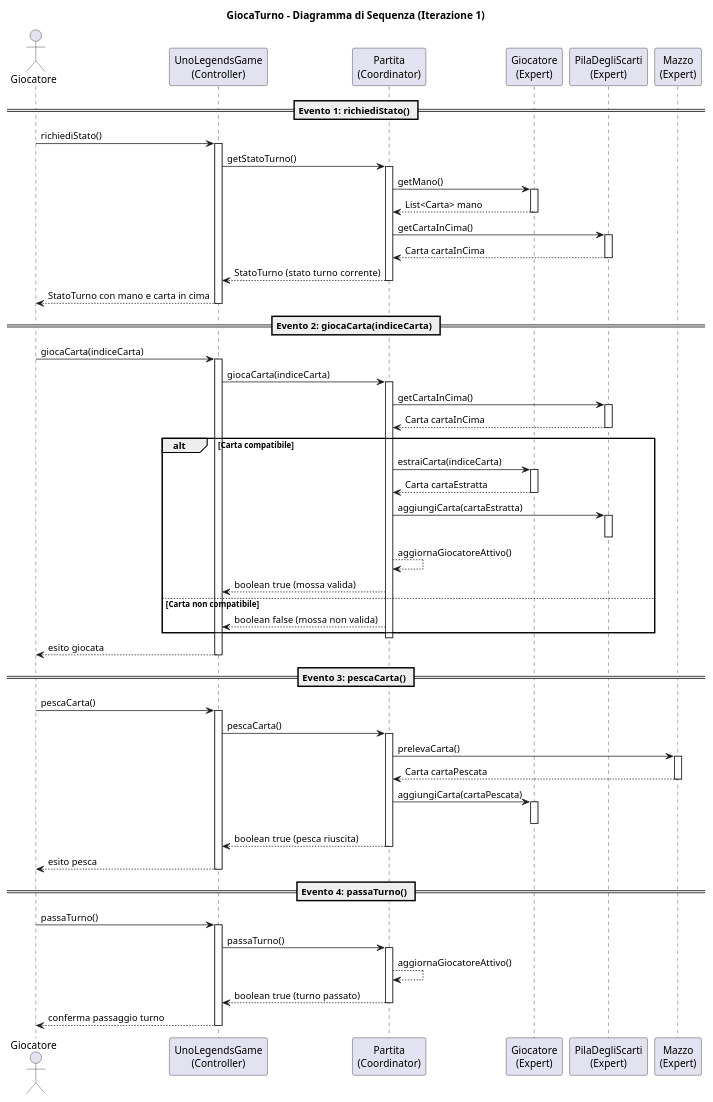
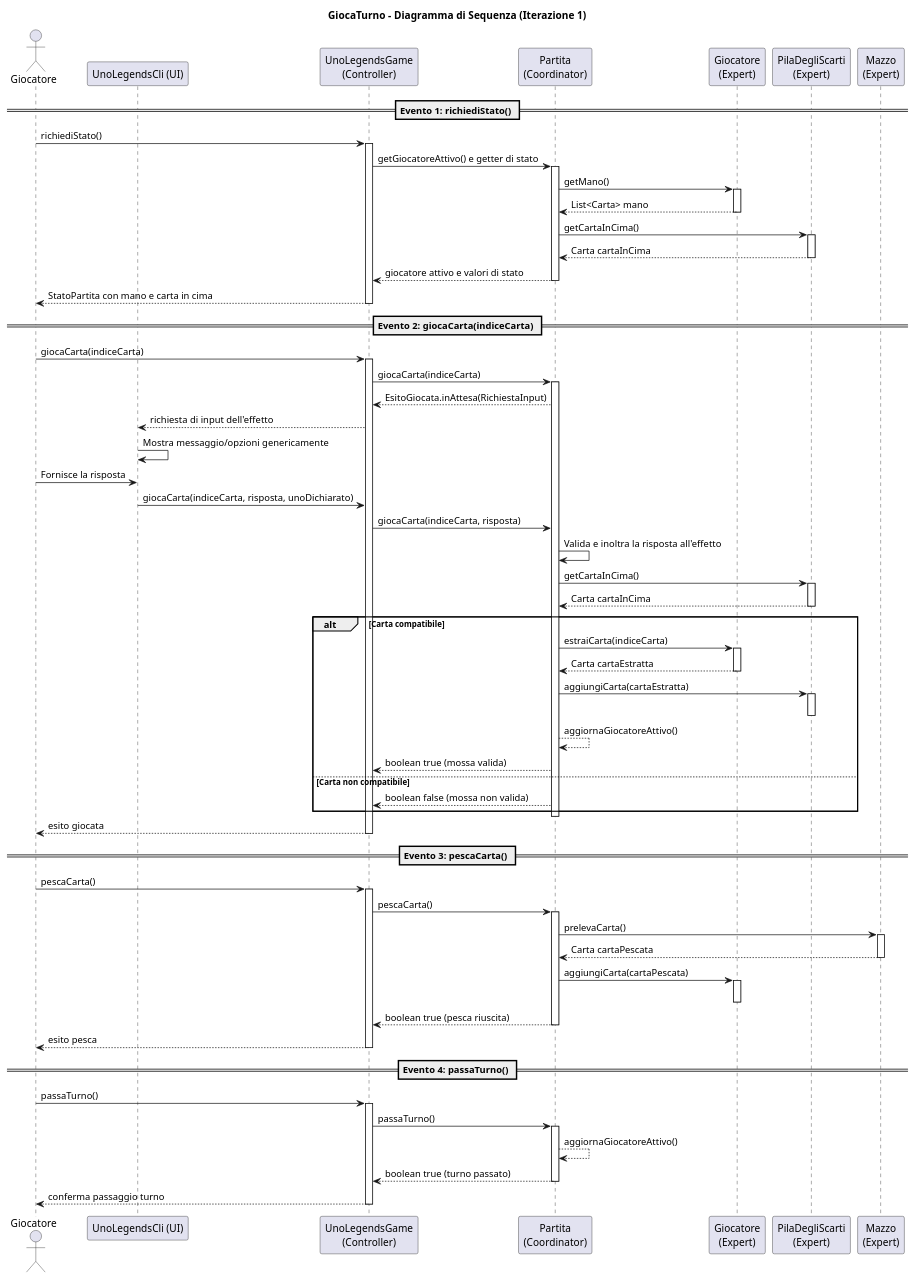
Before and after one commit to Frozzo/SoftwareEngineering: the diagram in Codice/GiocaTurno_SequenceDiagram.puml, drawn with PlantUML. The commit also changed 27 other files, not shown here.

Commit message:
aggiumto effetti scalabili con aggiunta di classi d ausilio e modifica file di documentazione fra i quali domain_class_diagram.puml e gioca_turno.puml Nota il commit precedente ha effetti trattati in modo individuale magari è piu semplice il diagramma di quella verisone, rimosso anche stato turno

```diff
--- a/Codice/GiocaTurno_SequenceDiagram.puml
+++ b/Codice/GiocaTurno_SequenceDiagram.puml
@@ -1,94 +1,102 @@
 @startuml GiocaTurno_Iterazione1
 title GiocaTurno - Diagramma di Sequenza (Iterazione 1)
 
 actor Giocatore
+participant "UnoLegendsCli (UI)" as CLIProg
 participant "UnoLegendsGame\n(Controller)" as Controller
 participant "Partita\n(Coordinator)" as Partita
 participant "Giocatore\n(Expert)" as GiocatoreExpert
 participant "PilaDegliScarti\n(Expert)" as PilaScarti
 participant "Mazzo\n(Expert)" as Mazzo
 
 == Evento 1: richiediStato() ==
 Giocatore -> Controller: richiediStato()
 activate Controller
-Controller -> Partita: getStatoTurno()
+Controller -> Partita: getGiocatoreAttivo() e getter di stato
 activate Partita
 Partita -> GiocatoreExpert: getMano()
 activate GiocatoreExpert
 GiocatoreExpert --> Partita: List<Carta> mano
 deactivate GiocatoreExpert
 
 Partita -> PilaScarti: getCartaInCima()
 activate PilaScarti
 PilaScarti --> Partita: Carta cartaInCima
 deactivate PilaScarti
 
-Partita --> Controller: StatoTurno (stato turno corrente)
+Partita --> Controller: giocatore attivo e valori di stato
 deactivate Partita
-Controller --> Giocatore: StatoTurno con mano e carta in cima
+Controller --> Giocatore: StatoPartita con mano e carta in cima
 deactivate Controller
 
 == Evento 2: giocaCarta(indiceCarta) ==
 Giocatore -> Controller: giocaCarta(indiceCarta)
 activate Controller
 Controller -> Partita: giocaCarta(indiceCarta)
 activate Partita
+Partita --> Controller: EsitoGiocata.inAttesa(RichiestaInput)
+Controller --> CLIProg: richiesta di input dell'effetto
+CLIProg -> CLIProg: Mostra messaggio/opzioni genericamente
+Giocatore -> CLIProg: Fornisce la risposta
+CLIProg -> Controller: giocaCarta(indiceCarta, risposta, unoDichiarato)
+Controller -> Partita: giocaCarta(indiceCarta, risposta)
+Partita -> Partita: Valida e inoltra la risposta all'effetto
 
 Partita -> PilaScarti: getCartaInCima()
 activate PilaScarti
 PilaScarti --> Partita: Carta cartaInCima
 deactivate PilaScarti
 
 alt Carta compatibile
     Partita -> GiocatoreExpert: estraiCarta(indiceCarta)
     activate GiocatoreExpert
     GiocatoreExpert --> Partita: Carta cartaEstratta
     deactivate GiocatoreExpert
     
     Partita -> PilaScarti: aggiungiCarta(cartaEstratta)
     activate PilaScarti
     deactivate PilaScarti
     
     Partita --> Partita: aggiornaGiocatoreAttivo()
     Partita --> Controller: boolean true (mossa valida)
 else Carta non compatibile
     Partita --> Controller: boolean false (mossa non valida)
 end
 deactivate Partita
 Controller --> Giocatore: esito giocata
 deactivate Controller
 
 == Evento 3: pescaCarta() ==
 Giocatore -> Controller: pescaCarta()
 activate Controller
 Controller -> Partita: pescaCarta()
 activate Partita
 
 Partita -> Mazzo: prelevaCarta()
 activate Mazzo
 Mazzo --> Partita: Carta cartaPescata
 deactivate Mazzo
 
 Partita -> GiocatoreExpert: aggiungiCarta(cartaPescata)
 activate GiocatoreExpert
 deactivate GiocatoreExpert
 
 Partita --> Controller: boolean true (pesca riuscita)
 deactivate Partita
 Controller --> Giocatore: esito pesca
 deactivate Controller
 
 == Evento 4: passaTurno() ==
 Giocatore -> Controller: passaTurno()
 activate Controller
 Controller -> Partita: passaTurno()
 activate Partita
 
 Partita --> Partita: aggiornaGiocatoreAttivo()
 
 Partita --> Controller: boolean true (turno passato)
 deactivate Partita
 Controller --> Giocatore: conferma passaggio turno
 deactivate Controller
 
 @enduml
```
